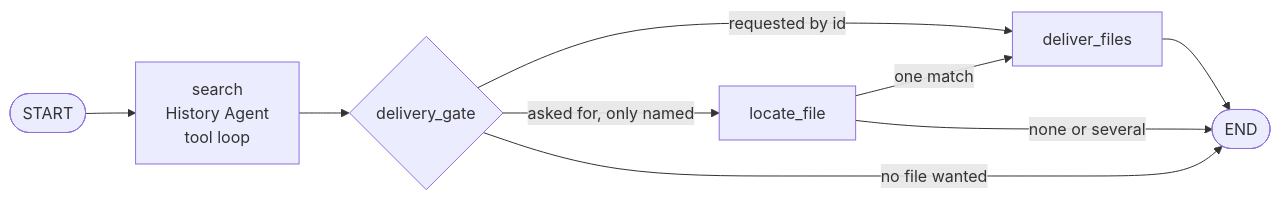
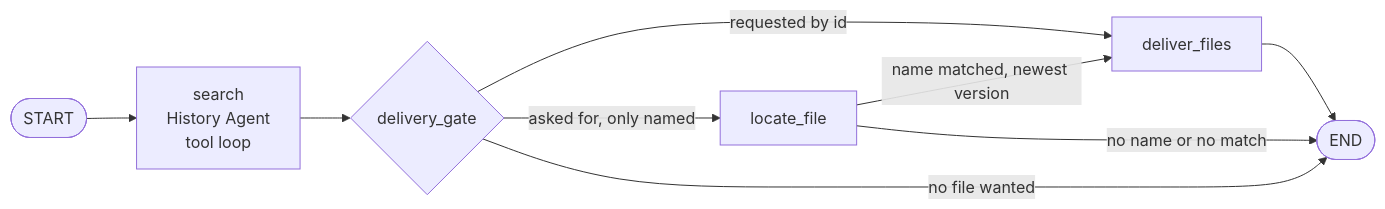
The tenth of 11 diagrams in README.md (shankasf/small_migration), drawn with Mermaid before and after one commit. The commit also changed other lines of this file, not shown here.

First line of the commit message:
Add a Thinking-in-LangGraph view of the agent graph to the README [skip ci]

````diff
--- a/README.md
+++ b/README.md
@@ -756,11 +1028,11 @@
 ```mermaid
 flowchart LR
     S(["START"]) --> SE["search<br/>History Agent<br/>tool loop"]
     SE --> DG{"delivery_gate"}
     DG -- "requested by id" --> DF["deliver_files"]
     DG -- "asked for, only named" --> LF["locate_file"]
     DG -- "no file wanted" --> E(["END"])
-    LF -- "one match" --> DF
-    LF -- "none or several" --> E
+    LF -- "name matched, newest version" --> DF
+    LF -- "no name or no match" --> E
     DF --> E
 ```
````
